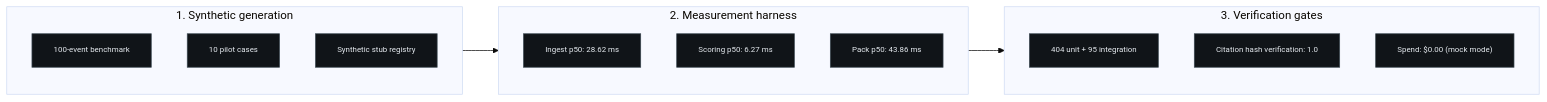
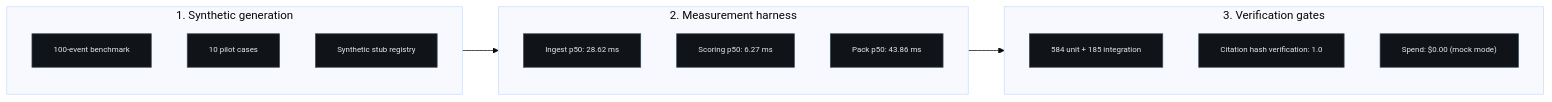
One commit to jeevesh2515/finsentinel-case-study changed the diagram in EVALUATION.md. Above: the diagram before and after it, drawn with Mermaid (base theme). The commit also changed other lines of this file and 5 other files, not shown here.

````diff
--- a/EVALUATION.md
+++ b/EVALUATION.md
@@ -19,28 +19,28 @@
 ```mermaid
 flowchart LR
     subgraph DataGen["1. Synthetic generation"]
         direction TB
         G1["100-event benchmark"]
         G2["10 pilot cases"]
         G3["Synthetic stub registry"]
     end
 
     subgraph Harness["2. Measurement harness"]
         direction TB
         H1["Ingest p50: 28.62 ms"]
         H2["Scoring p50: 6.27 ms"]
         H3["Pack p50: 43.86 ms"]
     end
 
     subgraph Gates["3. Verification gates"]
         direction TB
-        V1["404 unit + 95 integration"]
+        V1["584 unit + 185 integration"]
         V2["Citation hash verification: 1.0"]
         V3["Spend: $0.00 (mock mode)"]
     end
 
     DataGen --> Harness --> Gates
 
     classDef box fill:#101418,stroke:#3a4750,color:#e8edf2,font-size:11px;
     class G1,G2,G3,H1,H2,H3,V1,V2,V3 box;
 ```
````
